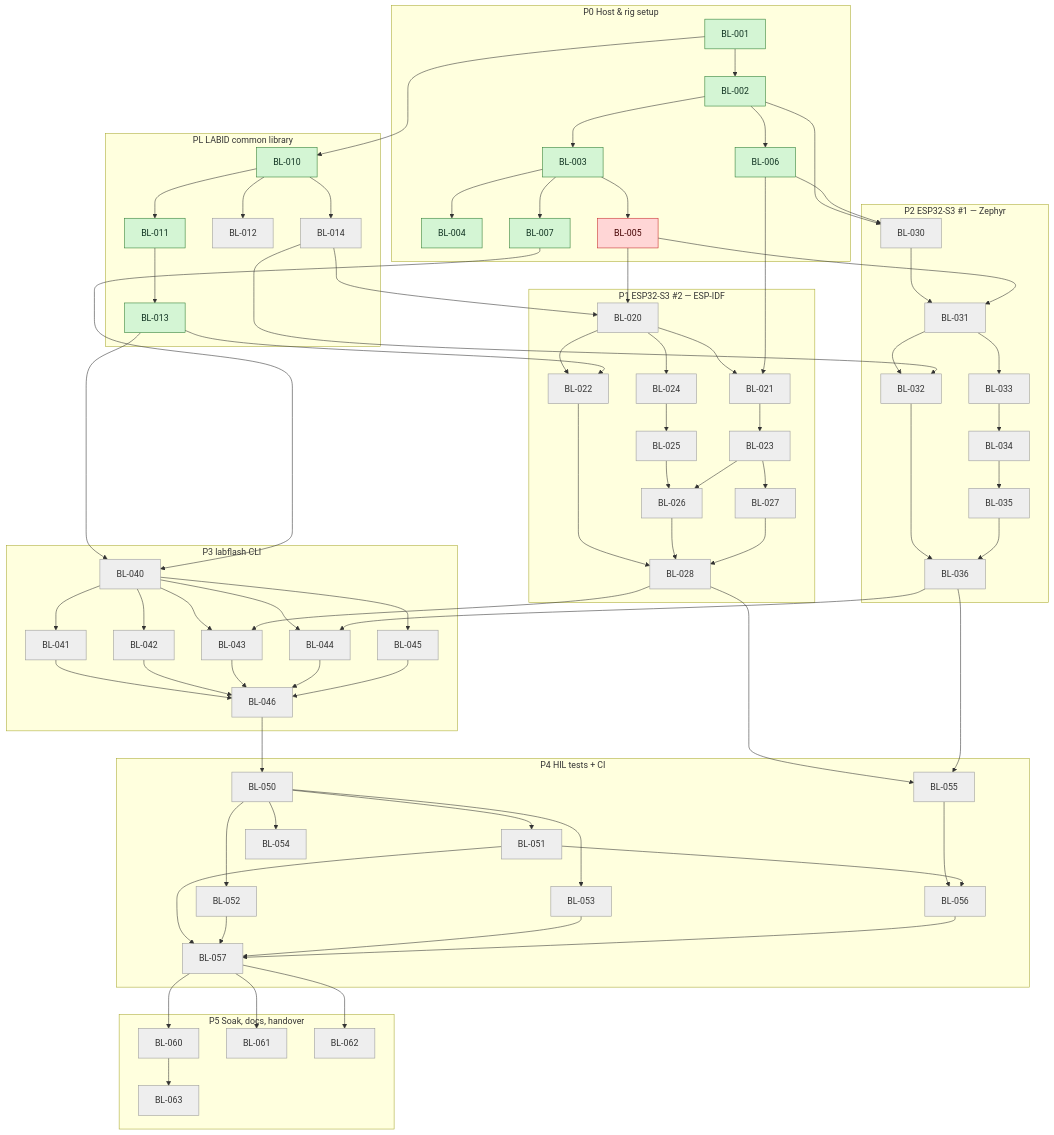
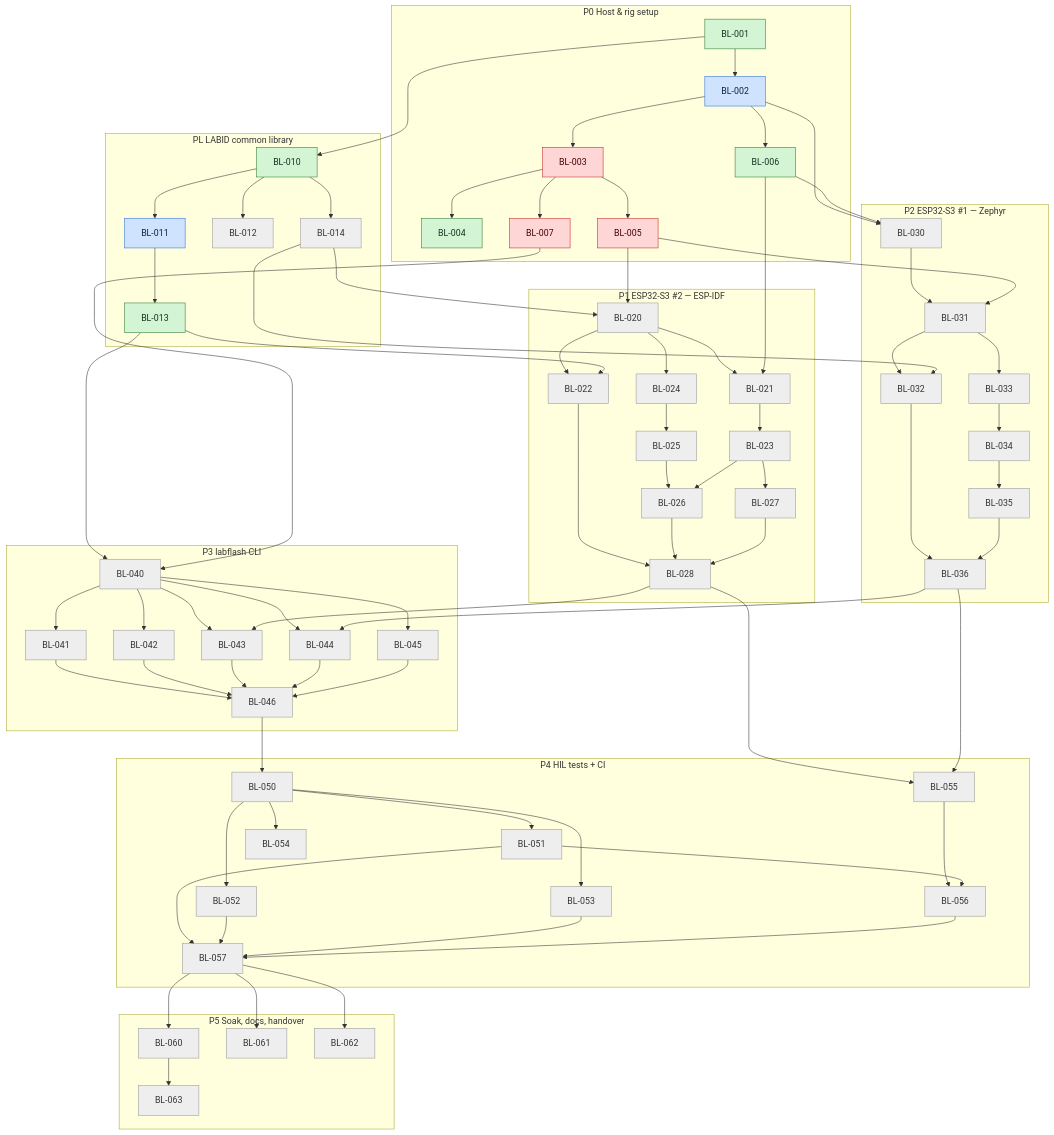
One commit to mohamed-soubhi/bootlab-esp changed the third of 3 diagrams in tickets/TICKETS.md. Above: the diagram before and after it, drawn with Mermaid. The commit also changed other lines of this file and 6 other files, not shown here.

```diff
--- a/tickets/TICKETS.md
+++ b/tickets/TICKETS.md
@@ -856,16 +857,16 @@
 flowchart TB
     subgraph E0_g["P0 Host & rig setup"]
         BL001["BL-001"]:::done
-        BL002["BL-002"]:::done
-        BL003["BL-003"]:::done
+        BL002["BL-002"]:::doing
+        BL003["BL-003"]:::blocked
         BL004["BL-004"]:::done
         BL005["BL-005"]:::blocked
         BL006["BL-006"]:::done
-        BL007["BL-007"]:::done
+        BL007["BL-007"]:::blocked
     end
     subgraph EL_g["PL LABID common library"]
         BL010["BL-010"]:::done
-        BL011["BL-011"]:::done
+        BL011["BL-011"]:::doing
         BL012["BL-012"]:::todo
         BL013["BL-013"]:::done
         BL014["BL-014"]:::todo
```
